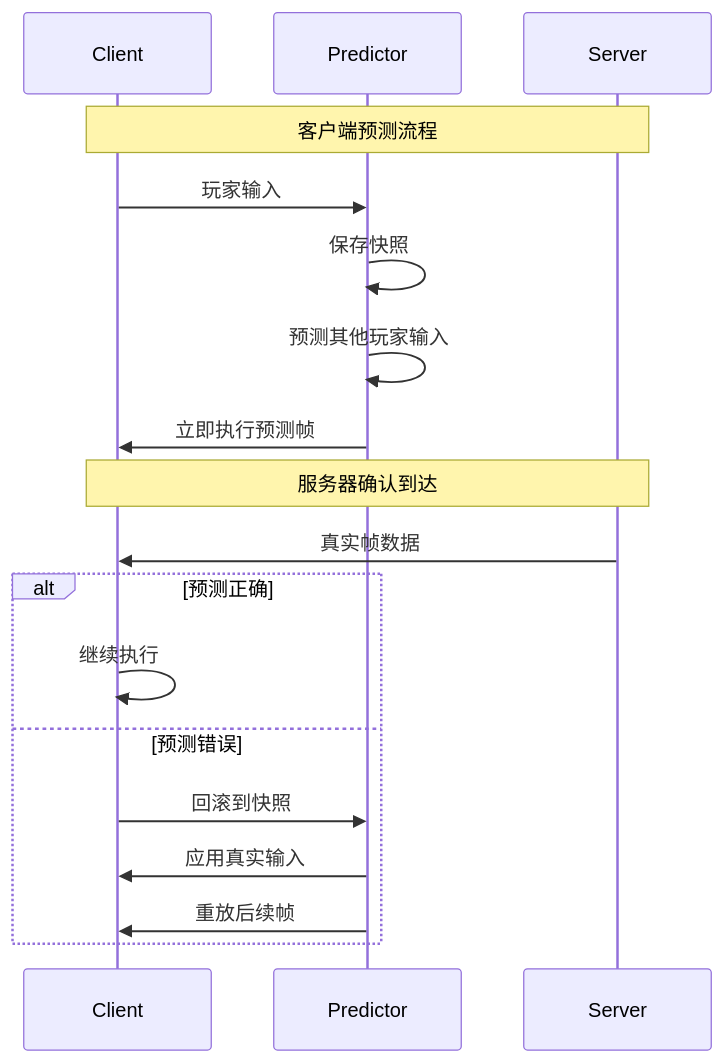
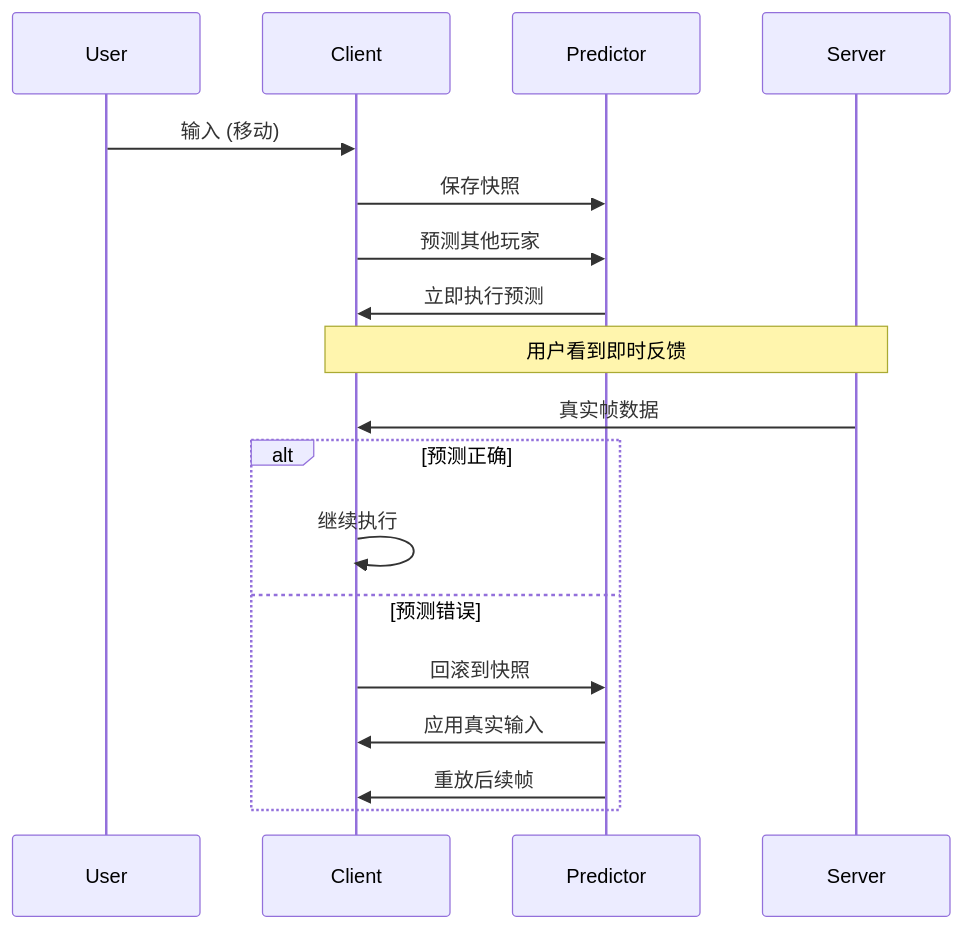
The third of 3 diagrams in README.md (kongshan001/game-frame-sync), drawn with Mermaid before and after one commit. The commit also changed other lines of this file, not shown here.

First line of the commit message:
docs: Complete README with comprehensive architecture documentation

````diff
--- a/README.md
+++ b/README.md
@@ -149,25 +444,24 @@
 ```mermaid
 sequenceDiagram
+    participant U as User
     participant C as Client
     participant P as Predictor
     participant S as Server
     
-    Note over C,S: 客户端预测流程
+    U->>C: 输入 (移动)
+    C->>P: 保存快照
+    C->>P: 预测其他玩家
+    P->>C: 立即执行预测
     
-    C->>P: 玩家输入
-    P->>P: 保存快照
-    P->>P: 预测其他玩家输入
-    P->>C: 立即执行预测帧
-    
-    Note over C,S: 服务器确认到达
+    Note over C,S: 用户看到即时反馈
     
     S->>C: 真实帧数据
     
     alt 预测正确
         C->>C: 继续执行
     else 预测错误
         C->>P: 回滚到快照
         P->>C: 应用真实输入
         P->>C: 重放后续帧
     end
 ```
````
